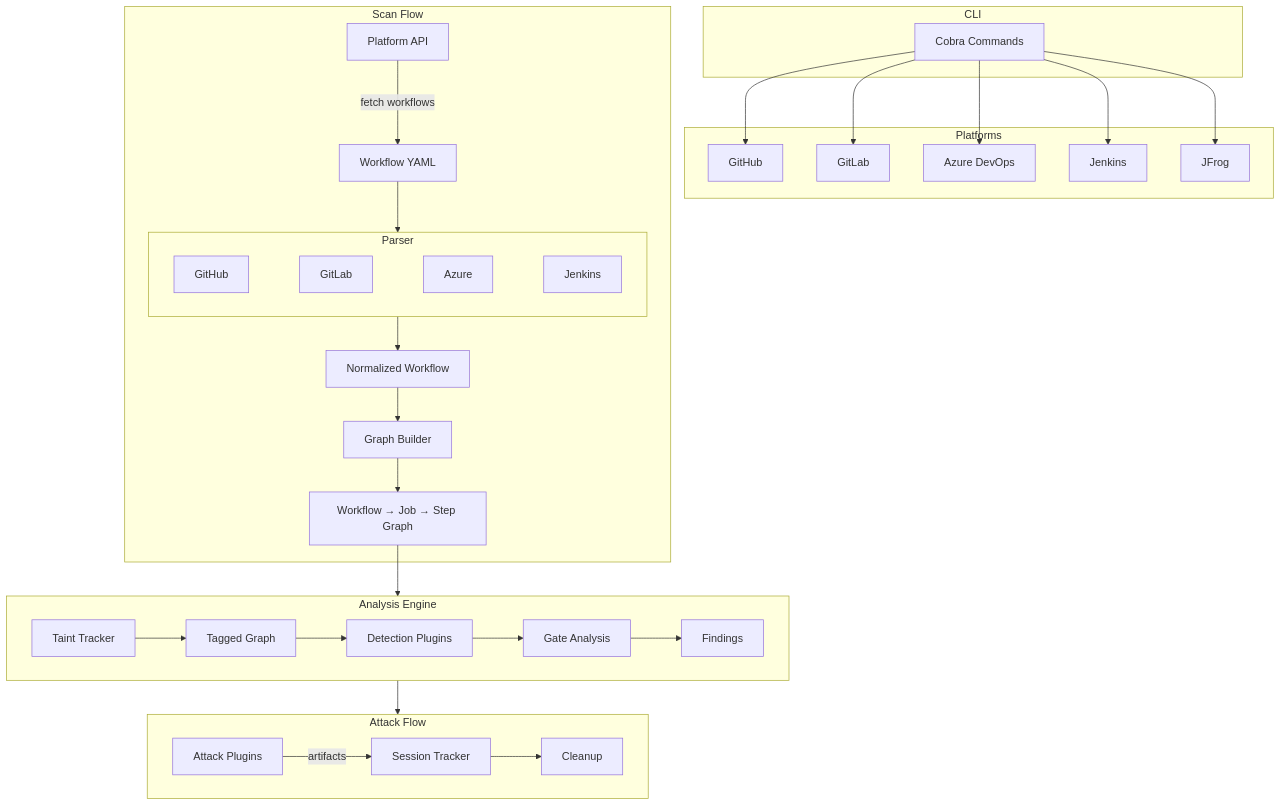
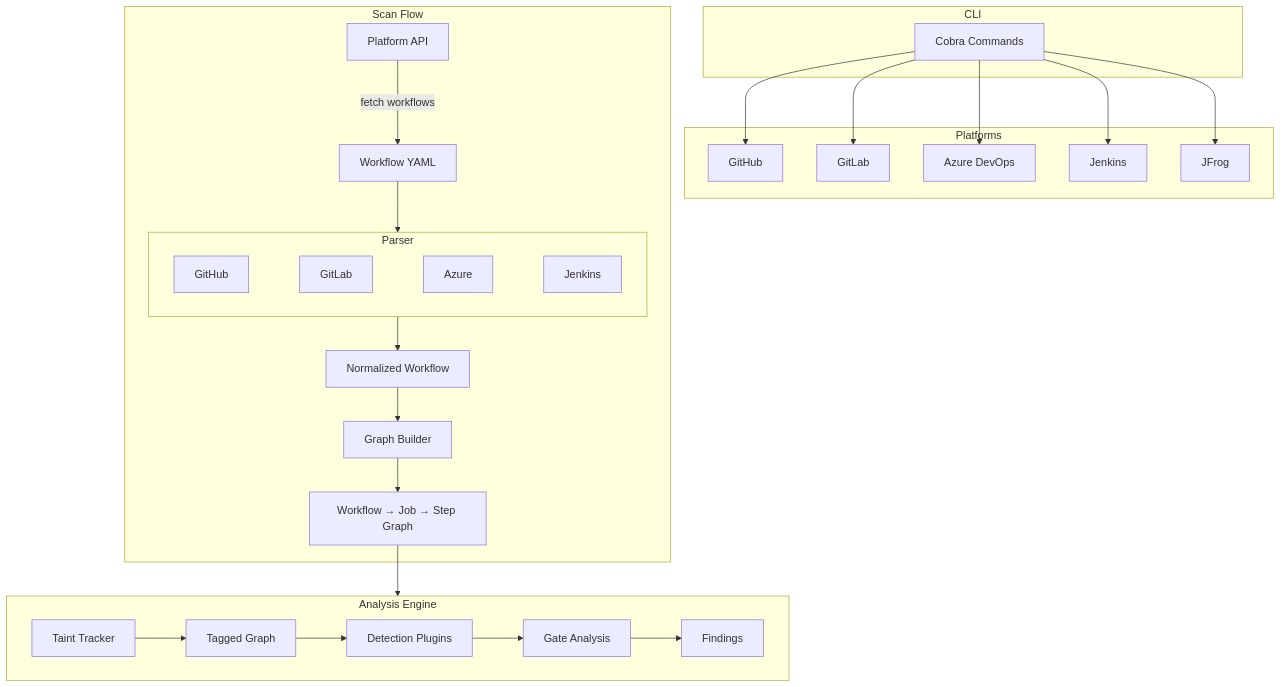
One commit to praetorian-inc/trajan changed the diagram in README.md. Above: the diagram before and after it, drawn with Mermaid. The commit also changed other lines of this file and 101 other files, not shown here.

````diff
--- a/README.md
+++ b/README.md
@@ -171,47 +169,40 @@
 ```mermaid
 graph TD
     subgraph CLI
         CMD[Cobra Commands]
     end
 
     subgraph Platforms
         GH[GitHub]
         GL[GitLab]
         ADO[Azure DevOps]
         JK[Jenkins]
         JF[JFrog]
     end
 
     CMD --> GH & GL & ADO & JK & JF
 
     subgraph SF[Scan Flow]
         API[Platform API] --> |fetch workflows| YAML[Workflow YAML]
         YAML --> P
 
         subgraph P[Parser]
             direction LR
             GHP[GitHub] ~~~ GLP[GitLab] ~~~ ADP[Azure] ~~~ JKP[Jenkins]
         end
 
         P --> NW[Normalized Workflow]
         NW --> GB[Graph Builder]
         GB --> Graph[Workflow → Job → Step Graph]
     end
 
     subgraph AE[Analysis Engine]
         direction LR
         TT[Taint Tracker] --> Tagged[Tagged Graph]
         Tagged --> DP[Detection Plugins]
         DP --> GA[Gate Analysis]
         GA --> Findings
     end
 
-    subgraph AF[Attack Flow]
-        direction LR
-        AP[Attack Plugins] --> |artifacts| Session[Session Tracker]
-        Session --> Cleanup
-    end
-
     Graph --> AE
-    AE --> AF
 ```
````
